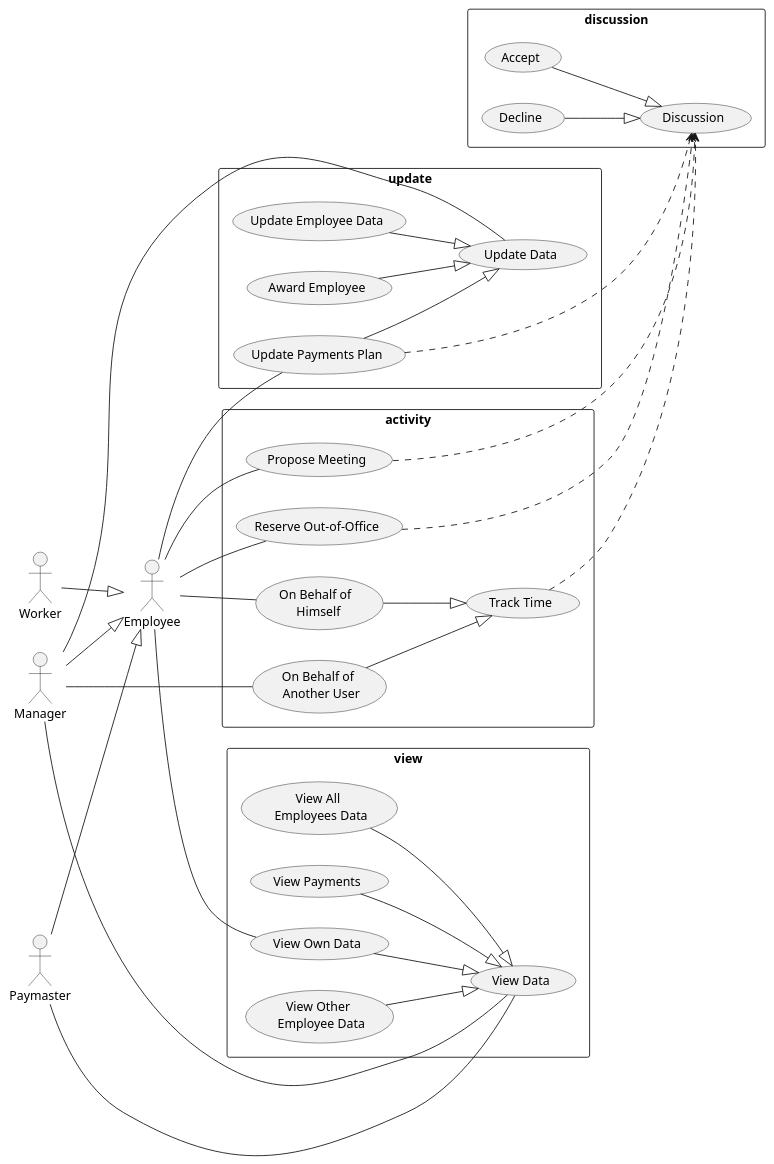
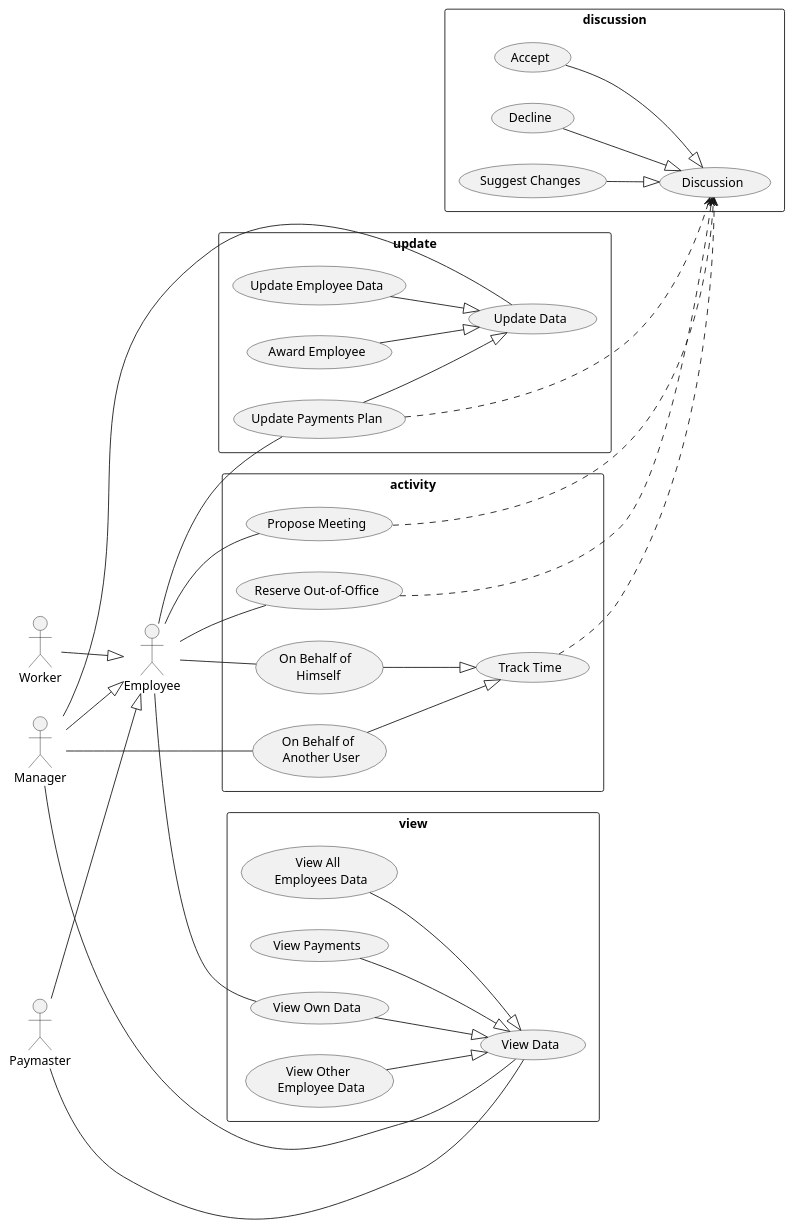
The diagram in diagrams/use case/use cases.puml (JohnKhandygo/employee-managment), drawn with PlantUML before and after one commit. The commit also changed 7 other files, not shown here.

Commit message:
#4 (+ #9) update diagrams.

```diff
--- a/diagrams/use case/use cases.puml
+++ b/diagrams/use case/use cases.puml
@@ -1,79 +1,82 @@
 @startuml
 left to right direction
 
 :Employee: as employee
 :Worker: as worker
 :Manager: as manager
 :Paymaster: as paymaster
 
 worker --|> employee
 manager --|> employee
 paymaster --|> employee
 
 rectangle discussion {
   (Discussion) as d
   (Accept) as a
   (Decline) as c
+  (Suggest Changes) as sc
+
 
   a --|> d
   c --|> d
+  sc --|> d
 }
 
 rectangle activity {
   (Track Time) as tt
   (On Behalf of \n Himself) as ttByEmployee
   (On Behalf of \n Another User) as ttByManager
 
   ttByEmployee --|> tt
   ttByManager --|> tt
 
   (Propose Meeting) as pm
 
   (Reserve Out-of-Office) as rooo
 
   pm ..> d
   rooo ..> d
   tt ..> d
 }
 
 employee -- ttByEmployee
 manager -- ttByManager
 
 employee -- pm
 
 employee -- rooo
 
 rectangle view {
   (View Data) as vd
   (View Own Data) as vod
   (View Other \n Employee Data) as voed
   (View All \n Employees Data) as vaed
   (View Payments) as vp
 
   vod --|> vd
   voed --|> vd
   vaed --|> vd
   vp --|> vd
 }
 
 employee -- vod
 manager -- vd
 paymaster -- vd
 
 rectangle update {
   (Update Data) as ud
   (Update Employee Data) as ued
   (Update Payments Plan) as upp
   (Award Employee) as ae
 
   ued --|> ud
   upp --|> ud
   ae --|> ud
 
   upp ..> d
 }
 
 employee -- upp
 manager -- ud
 
 @enduml
```
